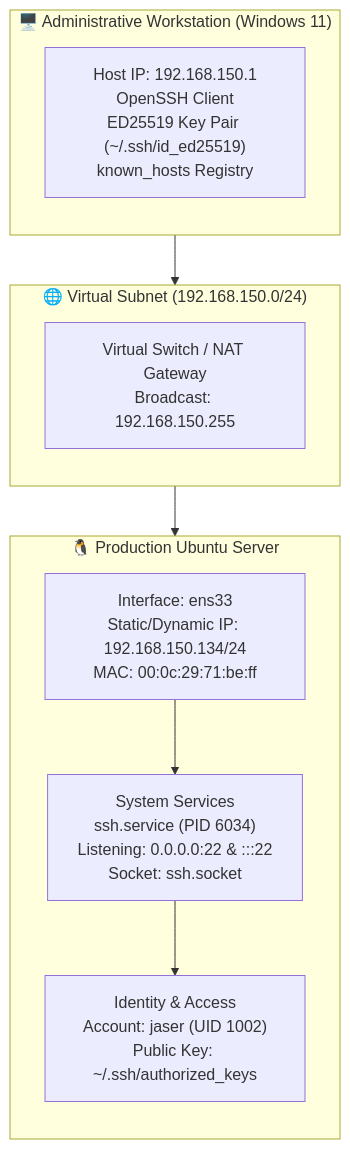
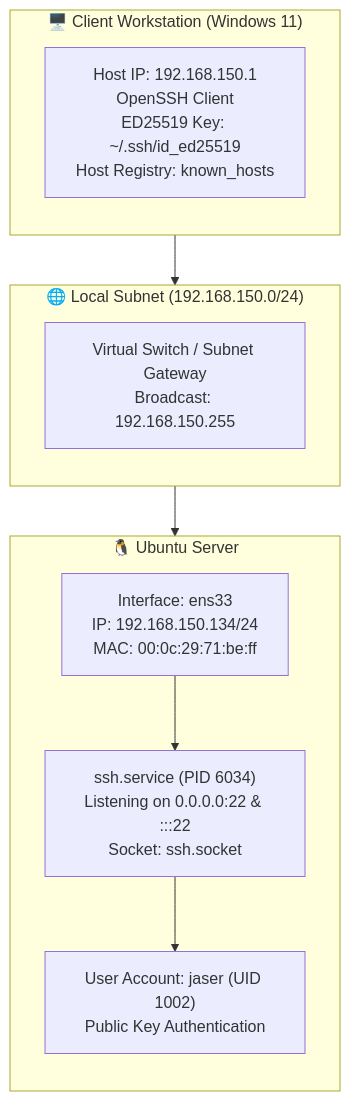
Before and after one commit to JaserHalabi/ubuntu-server-labs: the diagram in README.md, drawn with Mermaid. The commit also changed other lines of this file and 1 other file, not shown here.

````diff
--- a/README.md
+++ b/README.md
@@ -24,24 +23,24 @@
 ```mermaid
 flowchart TB
-    subgraph Management["🖥️ Administrative Workstation (Windows 11)"]
+    subgraph Client["🖥️ Client Workstation (Windows 11)"]
         direction TB
-        Client["Host IP: 192.168.150.1<br/>OpenSSH Client<br/>ED25519 Key Pair (~/.ssh/id_ed25519)<br/>known_hosts Registry"]
+        C_HOST["Host IP: 192.168.150.1<br/>OpenSSH Client<br/>ED25519 Key: ~/.ssh/id_ed25519<br/>Host Registry: known_hosts"]
     end
 
-    subgraph Network["🌐 Virtual Subnet (192.168.150.0/24)"]
+    subgraph Network["🌐 Local Subnet (192.168.150.0/24)"]
         direction TB
-        Switch["Virtual Switch / NAT Gateway<br/>Broadcast: 192.168.150.255"]
+        Switch["Virtual Switch / Subnet Gateway<br/>Broadcast: 192.168.150.255"]
     end
 
-    subgraph Server["🐧 Production Ubuntu Server"]
+    subgraph Server["🐧 Ubuntu Server"]
         direction TB
-        NIC["Interface: ens33<br/>Static/Dynamic IP: 192.168.150.134/24<br/>MAC: 00:0c:29:71:be:ff"]
-        Auth["Identity & Access<br/>Account: jaser (UID 1002)<br/>Public Key: ~/.ssh/authorized_keys"]
-        Daemon["System Services<br/>ssh.service (PID 6034)<br/>Listening: 0.0.0.0:22 & :::22<br/>Socket: ssh.socket"]
+        NIC["Interface: ens33<br/>IP: 192.168.150.134/24<br/>MAC: 00:0c:29:71:be:ff"]
+        Auth["User Account: jaser (UID 1002)<br/>Public Key Authentication"]
+        Daemon["ssh.service (PID 6034)<br/>Listening on 0.0.0.0:22 & :::22<br/>Socket: ssh.socket"]
         NIC --> Daemon
         Daemon --> Auth
     end
 
     Client --> Network
     Network --> NIC
 ```
````
